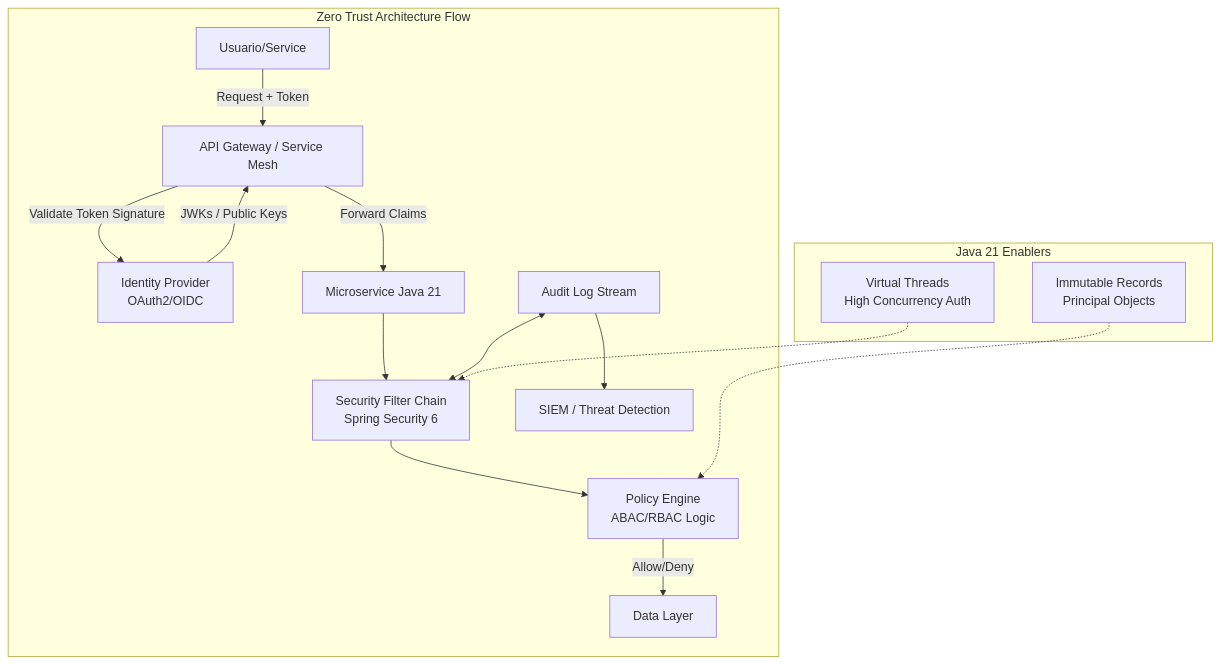
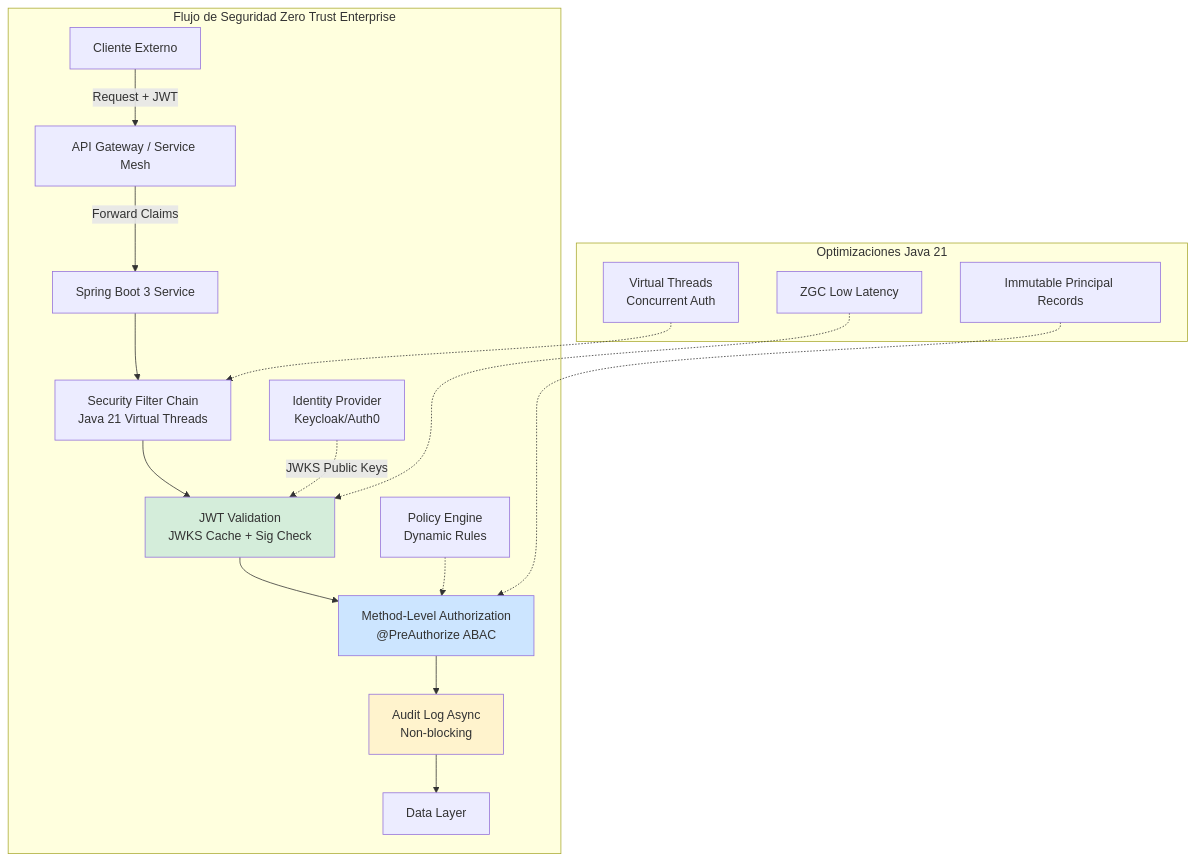
Before and after one commit to Joaquinriosheredia/DAM-Java-Mastery: the first of 2 diagrams in 06_Seguridad/zero_trust_identidad_como_perimetro_java_21_STAFF.md, drawn with Mermaid. The commit also changed other lines of this file, not shown here.

Commit message:
zero_trust_identidad_como_perimetro_java_21_STAFF.md

````diff
--- a/06_Seguridad/zero_trust_identidad_como_perimetro_java_21_STAFF.md
+++ b/06_Seguridad/zero_trust_identidad_como_perimetro_java_21_STAFF.md
@@ -31,21 +77,26 @@
 ```mermaid
 graph TD
-    subgraph "Zero Trust Architecture Flow"
-        USER[Usuario/Service] -->|Request + Token| GW[API Gateway / Service Mesh]
-        GW -->|Validate Token Signature| IDP[Identity Provider<br>OAuth2/OIDC]
-        IDP -->|JWKs / Public Keys| GW
-        GW -->|Forward Claims| SVC[Microservice Java 21]
+    subgraph "Flujo de Seguridad Zero Trust Enterprise"
+        CLIENT[Cliente Externo] -->|Request + JWT| GW[API Gateway / Service Mesh]
+        GW -->|Forward Claims| SVC[Spring Boot 3 Service]
         
-        SVC --> AUTH[Security Filter Chain<br>Spring Security 6]
-        AUTH --> POLICY[Policy Engine<br>ABAC/RBAC Logic]
-        POLICY -->|Allow/Deny| DATA[Data Layer]
+        SVC --> FILTER[Security Filter Chain<br>Java 21 Virtual Threads]
+        FILTER --> VALID[JWT Validation<br>JWKS Cache + Sig Check]
+        VALID --> AUTHZ[Method-Level Authorization<br>@PreAuthorize ABAC]
+        AUTHZ --> AUDIT[Audit Log Async<br>Non-blocking]
+        AUDIT --> DATA[Data Layer]
         
-        AUDIT[Audit Log Stream] <--> AUTH
-        AUDIT --> SIEM[SIEM / Threat Detection]
+        IDP[Identity Provider<br>Keycloak/Auth0] -.->|JWKS Public Keys| VALID
+        POLICY[Policy Engine<br>Dynamic Rules] -.-> AUTHZ
     end
     
-    subgraph "Java 21 Enablers"
-        VT[Virtual Threads<br>High Concurrency Auth] -.-> AUTH
-        REC[Immutable Records<br>Principal Objects] -.-> POLICY
+    subgraph "Optimizaciones Java 21"
+        VT[Virtual Threads<br>Concurrent Auth] -.-> FILTER
+        REC[Immutable Principal Records] -.-> AUTHZ
+        ZGC[ZGC Low Latency] -.-> VALID
     end
+    
+    style VALID fill:#d4edda
+    style AUTHZ fill:#cce5ff
+    style AUDIT fill:#fff3cd
 ```
````
